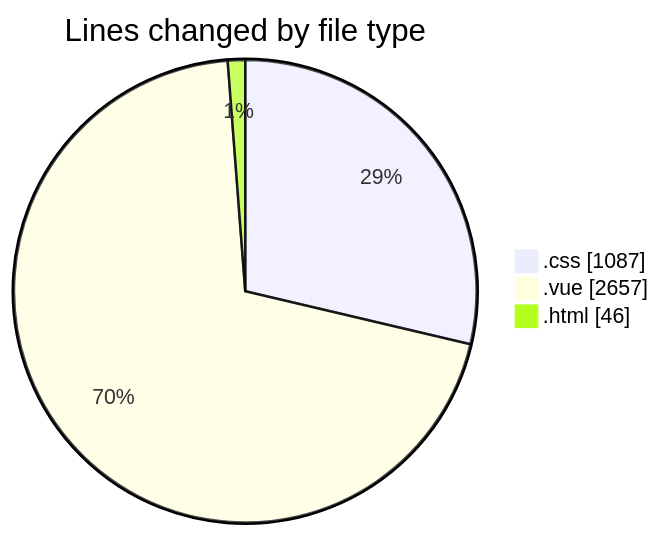
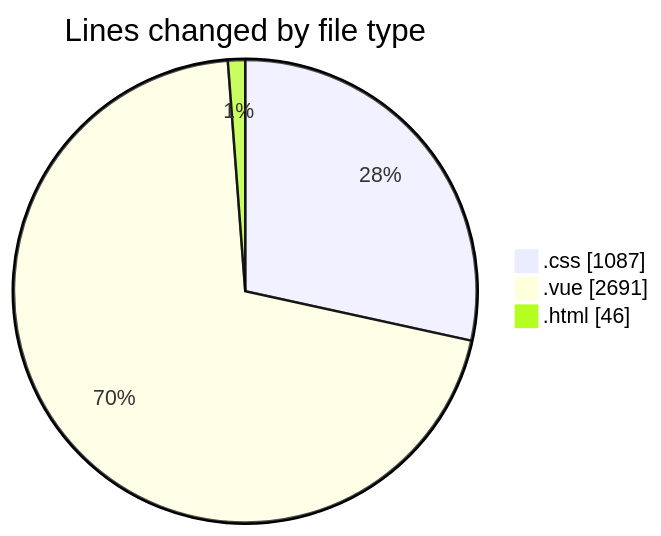
Before and after one commit to lephambinh05/code-tracking: the first of 2 diagrams in 2025-08-18/rentotp/README.md, drawn with Mermaid. The commit also changed other lines of this file and 1 other file, not shown here.

````diff
--- a/2025-08-18/rentotp/README.md
+++ b/2025-08-18/rentotp/README.md
@@ -29,7 +29,7 @@
 ```mermaid
 pie showData
 title Lines changed by file type
 ".css" : 1087
-".vue" : 2657
+".vue" : 2691
 ".html" : 46
 ```
````
